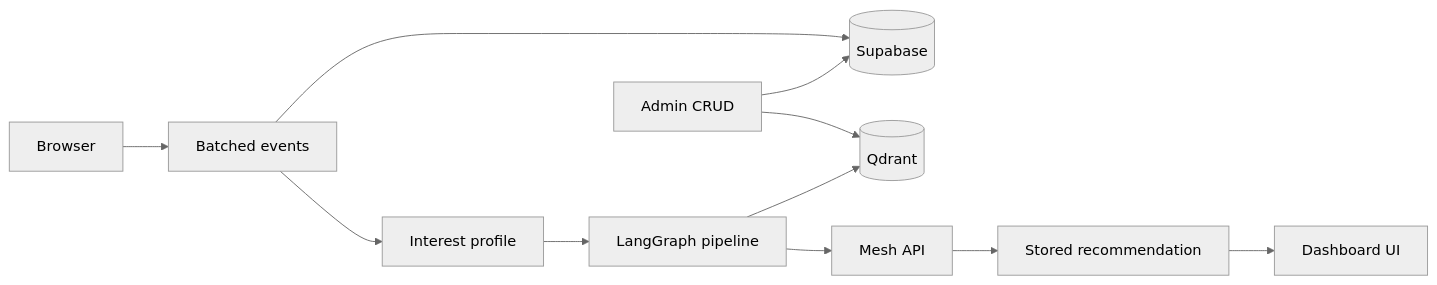
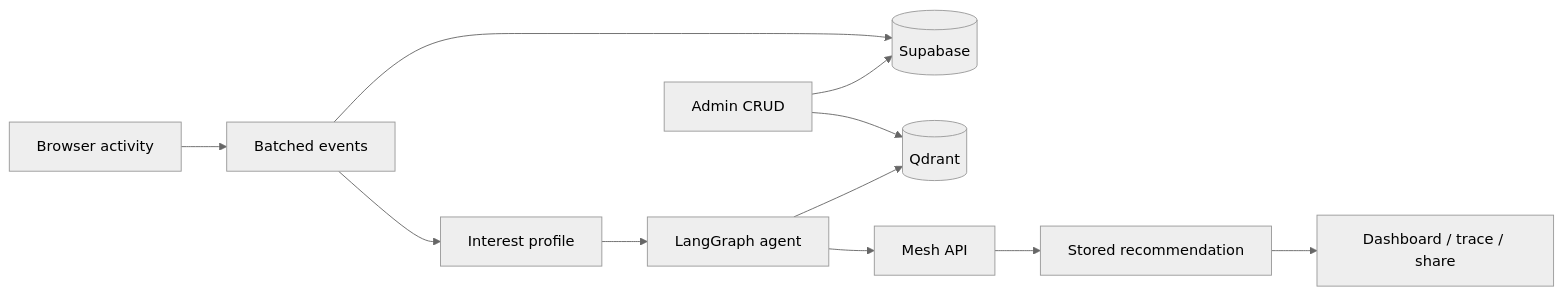
One commit to thefounder-ai/v-1 changed the diagram in README.md. Above: the diagram before and after it, drawn with Mermaid (neutral theme). The commit also changed other lines of this file and 5 other files, not shown here.

````diff
--- a/README.md
+++ b/README.md
@@ -80,13 +25,13 @@
 ```mermaid
 flowchart LR
-  Browser --> Events[Batched events]
-  Events --> Supabase[(Supabase)]
-  Events --> Profile[Interest profile]
-  Profile --> LangGraph[LangGraph pipeline]
-  LangGraph --> Qdrant[(Qdrant)]
-  LangGraph --> Mesh[Mesh API]
-  Mesh --> Rec[Stored recommendation]
-  Rec --> Dashboard[Dashboard UI]
-  Admin[Admin CRUD] --> Supabase
+  Browser["Browser activity"] --> Events["Batched events"]
+  Events --> DB[(Supabase)]
+  Events --> Profile["Interest profile"]
+  Profile --> Agent["LangGraph agent"]
+  Agent --> Qdrant[(Qdrant)]
+  Agent --> Mesh["Mesh API"]
+  Mesh --> Rec["Stored recommendation"]
+  Rec --> UI["Dashboard / trace / share"]
+  Admin["Admin CRUD"] --> DB
   Admin --> Qdrant
 ```
````
